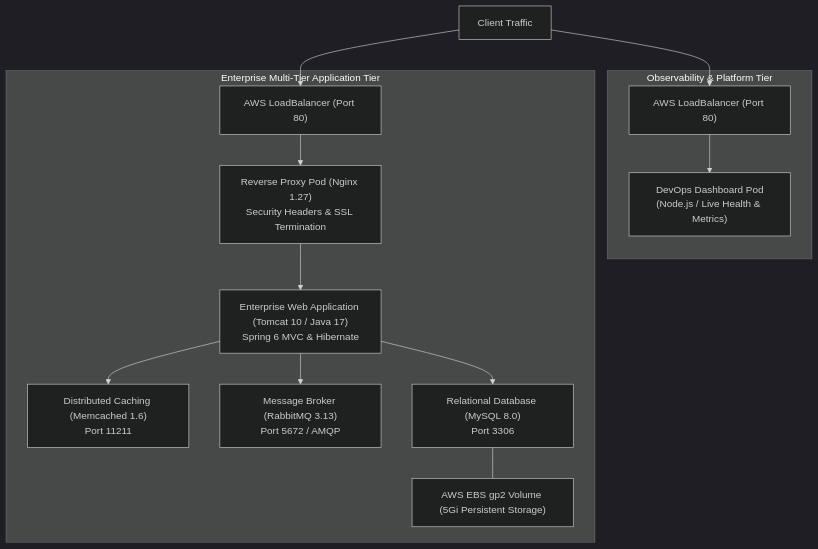
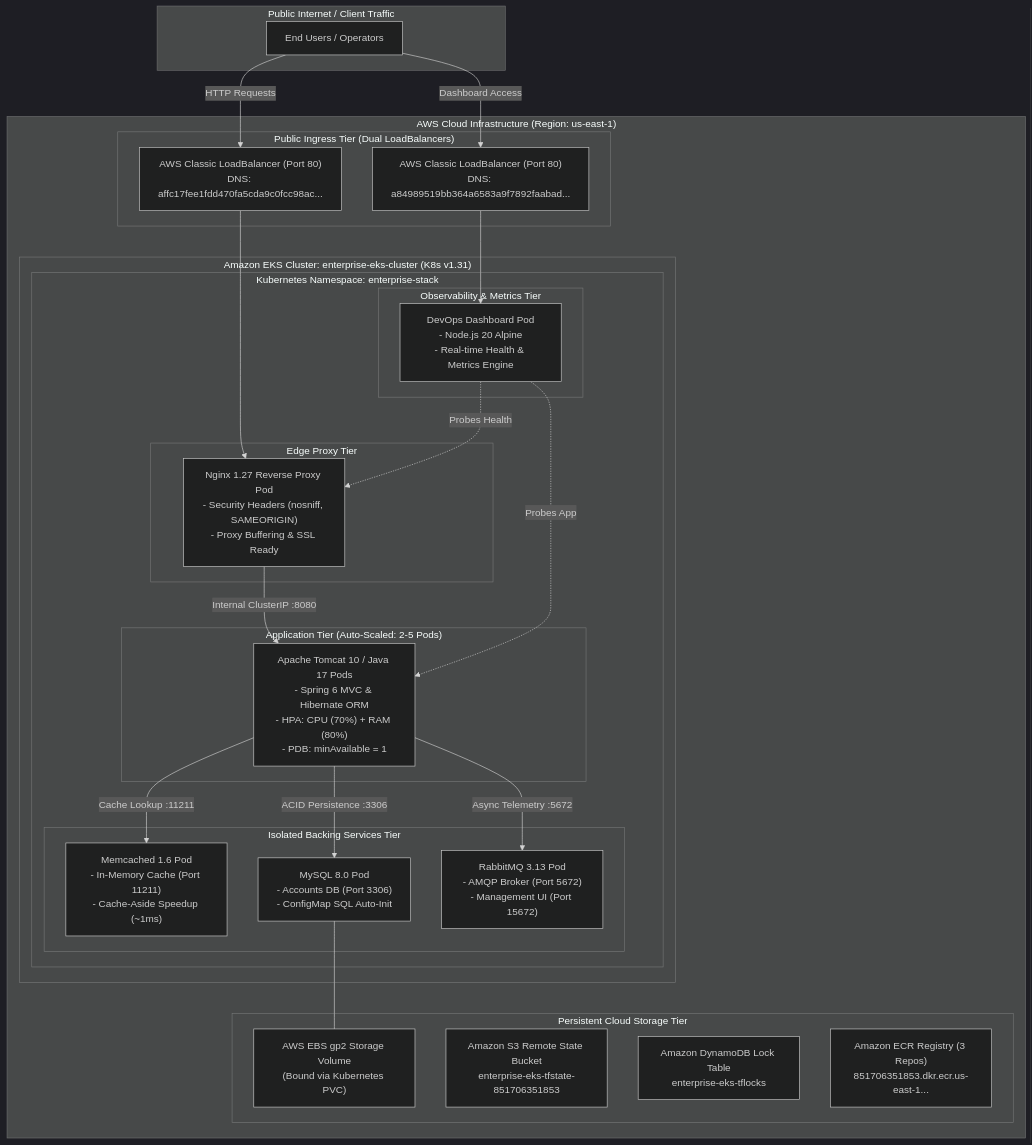
Before and after one commit to gawadeAnkit/enterprise-eks-stack: the first of 4 diagrams in README.md, drawn with Mermaid (dark theme). The commit also changed other lines of this file, not shown here.

Commit message:
docs: enrich README with complete HLD, LLD, sequence diagrams, request lifecycle, CI/CD DAG, and operational runbook

````diff
--- a/README.md
+++ b/README.md
@@ -9,20 +49,55 @@
 ```mermaid
 flowchart TD
-    Users["Client Traffic"] --> ELB_Proxy["AWS LoadBalancer (Port 80)"]
-    Users --> ELB_Dash["AWS LoadBalancer (Port 80)"]
-
-    subgraph Observability_Tier ["Observability & Platform Tier"]
-        ELB_Dash --> DashPod["DevOps Dashboard Pod\n(Node.js / Live Health & Metrics)"]
+    subgraph Internet ["Public Internet / Client Traffic"]
+        User["End Users / Operators"]
     end
 
-    subgraph Application_Stack ["Enterprise Multi-Tier Application Tier"]
-        ELB_Proxy --> NginxPod["Reverse Proxy Pod (Nginx 1.27)\nSecurity Headers & SSL Termination"]
-        NginxPod --> TomcatPods["Enterprise Web Application (Tomcat 10 / Java 17)\nSpring 6 MVC & Hibernate"]
-        
-        TomcatPods --> MemcachedPod["Distributed Caching (Memcached 1.6)\nPort 11211"]
-        TomcatPods --> RMQPod["Message Broker (RabbitMQ 3.13)\nPort 5672 / AMQP"]
-        TomcatPods --> MySQLPod["Relational Database (MySQL 8.0)\nPort 3306"]
-        
-        MySQLPod --- EBS_PVC["AWS EBS gp2 Volume (5Gi Persistent Storage)"]
+    subgraph AWS_Cloud ["AWS Cloud Infrastructure (Region: us-east-1)"]
+        subgraph Ingress_Layer ["Public Ingress Tier (Dual LoadBalancers)"]
+            ELB_App["AWS Classic LoadBalancer (Port 80)\nDNS: affc17fee1fdd470fa5cda9c0fcc98ac..."]
+            ELB_Dash["AWS Classic LoadBalancer (Port 80)\nDNS: a84989519bb364a6583a9f7892faabad..."]
+        end
+
+        subgraph EKS_Cluster ["Amazon EKS Cluster: enterprise-eks-cluster (K8s v1.31)"]
+            subgraph K8s_Namespace ["Kubernetes Namespace: enterprise-stack"]
+                
+                subgraph Edge_Tier ["Edge Proxy Tier"]
+                    ProxyPod["Nginx 1.27 Reverse Proxy Pod\n- Security Headers (nosniff, SAMEORIGIN)\n- Proxy Buffering & SSL Ready"]
+                end
+
+                subgraph App_Tier ["Application Tier (Auto-Scaled: 2-5 Pods)"]
+                    AppPods["Apache Tomcat 10 / Java 17 Pods\n- Spring 6 MVC & Hibernate ORM\n- HPA: CPU (70%) + RAM (80%)\n- PDB: minAvailable = 1"]
+                end
+
+                subgraph Data_Tier ["Isolated Backing Services Tier"]
+                    CachePod["Memcached 1.6 Pod\n- In-Memory Cache (Port 11211)\n- Cache-Aside Speedup (~1ms)"]
+                    DBSvc["MySQL 8.0 Pod\n- Accounts DB (Port 3306)\n- ConfigMap SQL Auto-Init"]
+                    RMQPod["RabbitMQ 3.13 Pod\n- AMQP Broker (Port 5672)\n- Management UI (Port 15672)"]
+                end
+
+                subgraph Observability_Tier ["Observability & Metrics Tier"]
+                    DashPod["DevOps Dashboard Pod\n- Node.js 20 Alpine\n- Real-time Health & Metrics Engine"]
+                end
+            end
+        end
+
+        subgraph Storage_Layer ["Persistent Cloud Storage Tier"]
+            EBS["AWS EBS gp2 Storage Volume\n(Bound via Kubernetes PVC)"]
+            S3["Amazon S3 Remote State Bucket\nenterprise-eks-tfstate-851706351853"]
+            DDB["Amazon DynamoDB Lock Table\nenterprise-eks-tflocks"]
+            ECR["Amazon ECR Registry (3 Repos)\n851706351853.dkr.ecr.us-east-1..."]
+        end
     end
+
+    User -->|HTTP Requests| ELB_App
+    User -->|Dashboard Access| ELB_Dash
+    ELB_App --> ProxyPod
+    ELB_Dash --> DashPod
+    ProxyPod -->|Internal ClusterIP :8080| AppPods
+    AppPods -->|Cache Lookup :11211| CachePod
+    AppPods -->|ACID Persistence :3306| DBSvc
+    AppPods -->|Async Telemetry :5672| RMQPod
+    DBSvc --- EBS
+    DashPod -.->|Probes Health| ProxyPod
+    DashPod -.->|Probes App| AppPods
 ```
````
